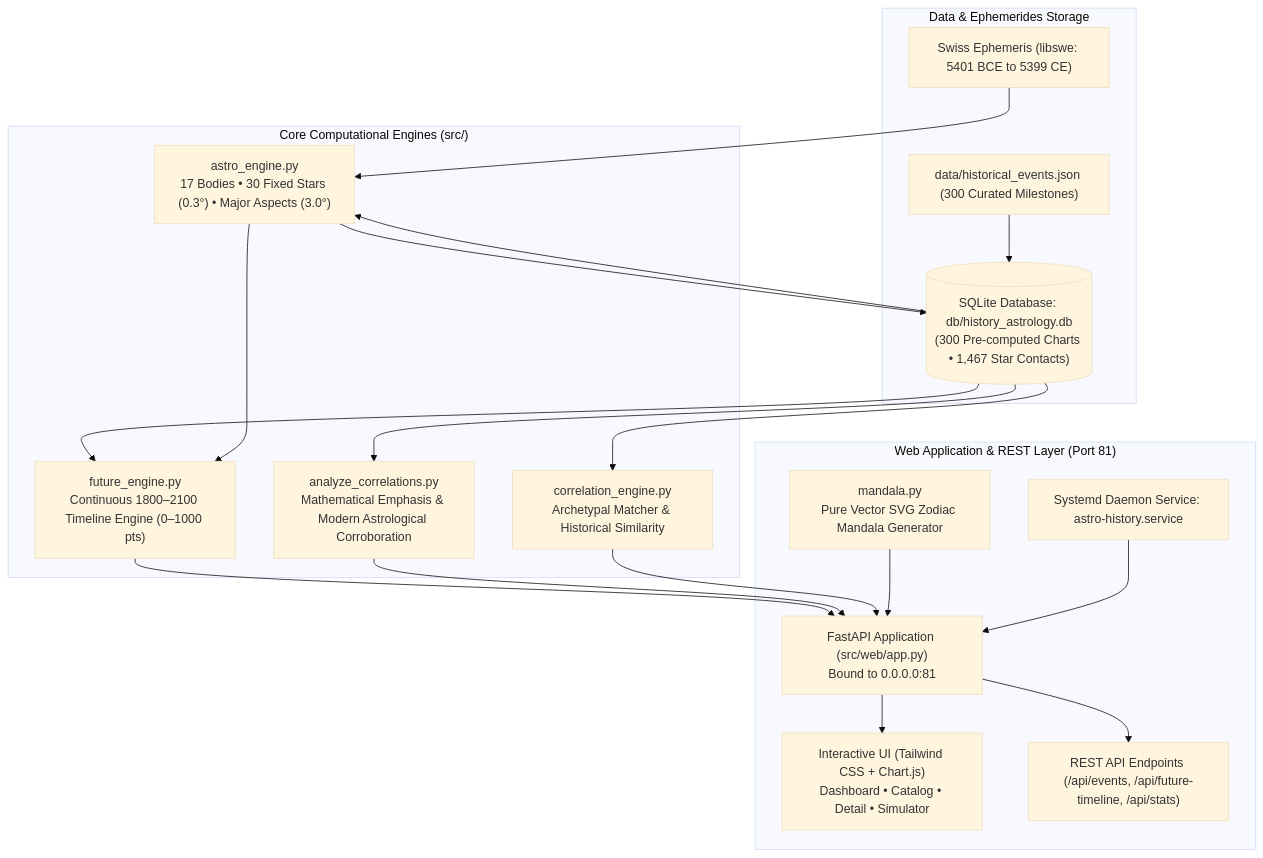
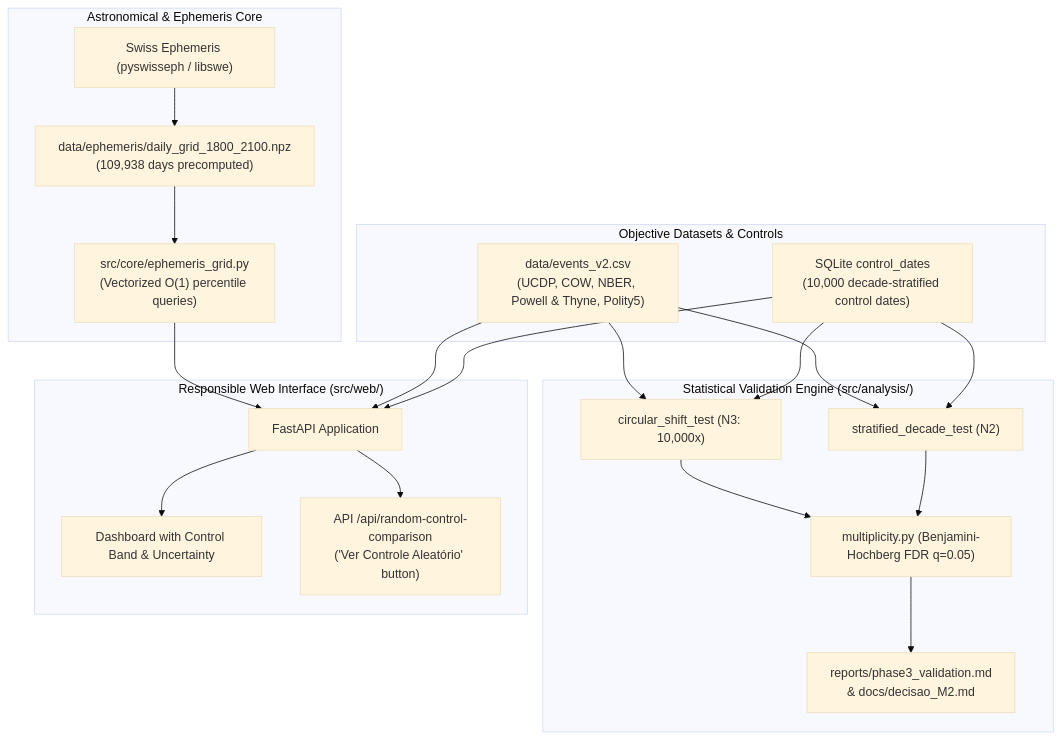
The diagram in README.md (marceloasl99/astro-history), drawn with Mermaid (base theme) before and after one commit. The commit also changed other lines of this file and 3 other files, not shown here.

Commit message:
docs(phase-7): rewrite bilingual README, final research report, CITATION.cff, and milestone M3 release v1.0

````diff
--- a/README.md
+++ b/README.md
@@ -92,36 +51,30 @@
 ```mermaid
 flowchart TD
-    subgraph "Data & Ephemerides Storage"
-        SWE["Swiss Ephemeris (libswe: 5401 BCE to 5399 CE)"]
-        JSON_EV["data/historical_events.json (300 Curated Milestones)"]
-        SQLITE[("SQLite Database: db/history_astrology.db<br/>(300 Pre-computed Charts • 1,467 Star Contacts)")]
+    subgraph "Astronomical & Ephemeris Core"
+        SWE["Swiss Ephemeris (pyswisseph / libswe)"]
+        GRID["data/ephemeris/daily_grid_1800_2100.npz<br/>(109,938 days precomputed)"]
+        CORE["src/core/ephemeris_grid.py<br/>(Vectorized O(1) percentile queries)"]
     end
 
-    subgraph "Core Computational Engines (src/)"
-        AE["astro_engine.py<br/>17 Bodies • 30 Fixed Stars (0.3°) • Major Aspects (3.0°)"]
-        CE["correlation_engine.py<br/>Archetypal Matcher & Historical Similarity"]
-        AC["analyze_correlations.py<br/>Mathematical Emphasis & Modern Astrological Corroboration"]
-        FE["future_engine.py<br/>Continuous 1800–2100 Timeline Engine (0–1000 pts)"]
+    subgraph "Objective Datasets & Controls"
+        EV2["data/events_v2.csv<br/>(UCDP, COW, NBER, Powell & Thyne, Polity5)"]
+        CTRL["SQLite control_dates<br/>(10,000 decade-stratified control dates)"]
     end
 
-    subgraph "Web Application & REST Layer (Port 81)"
-        APP["FastAPI Application (src/web/app.py)<br/>Bound to 0.0.0.0:81"]
-        MAN["mandala.py<br/>Pure Vector SVG Zodiac Mandala Generator"]
-        DASH["Interactive UI (Tailwind CSS + Chart.js)<br/>Dashboard • Catalog • Detail • Simulator"]
-        REST["REST API Endpoints (/api/events, /api/future-timeline, /api/stats)"]
-        SVC["Systemd Daemon Service: astro-history.service"]
+    subgraph "Statistical Validation Engine (src/analysis/)"
+        N3["circular_shift_test (N3: 10,000x)"]
+        N2["stratified_decade_test (N2)"]
+        FDR["multiplicity.py (Benjamini-Hochberg FDR q=0.05)"]
+        REPORT["reports/phase3_validation.md<br/>& docs/decisao_M2.md"]
     end
 
-    SWE --> AE
-    JSON_EV --> SQLITE
-    SQLITE --> AE
-    AE --> SQLITE
-    SQLITE --> CE & AC & FE
-    AE --> FE
-    FE --> APP
-    AC --> APP
-    CE --> APP
-    MAN --> APP
-    APP --> DASH & REST
-    SVC --> APP
+    subgraph "Responsible Web Interface (src/web/)"
+        APP["FastAPI Application"]
+        DASH["Dashboard with Control Band & Uncertainty"]
+        RANDOM_CTRL["API /api/random-control-comparison<br/>('Ver Controle Aleatório' button)"]
+    end
+
+    SWE --> GRID --> CORE
+    EV2 & CTRL --> N3 & N2 --> FDR --> REPORT
+    CORE & EV2 & CTRL --> APP --> DASH & RANDOM_CTRL
 ```
````
